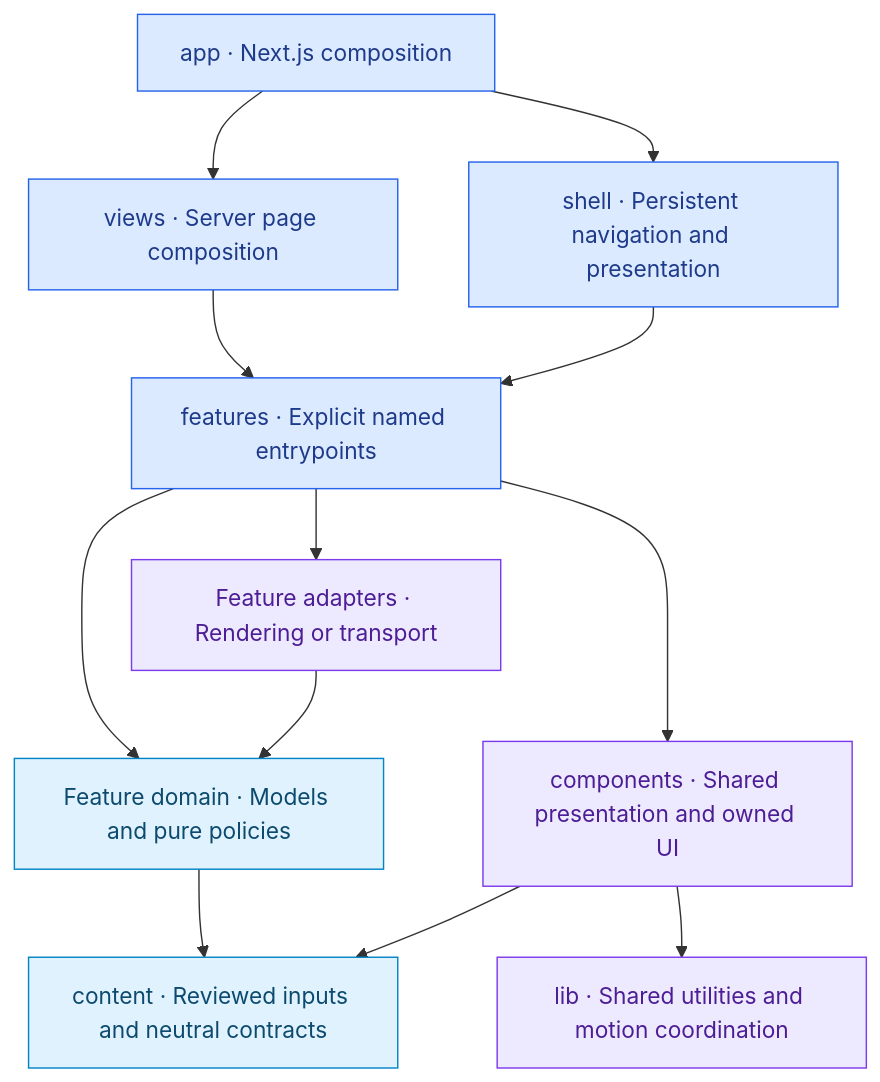
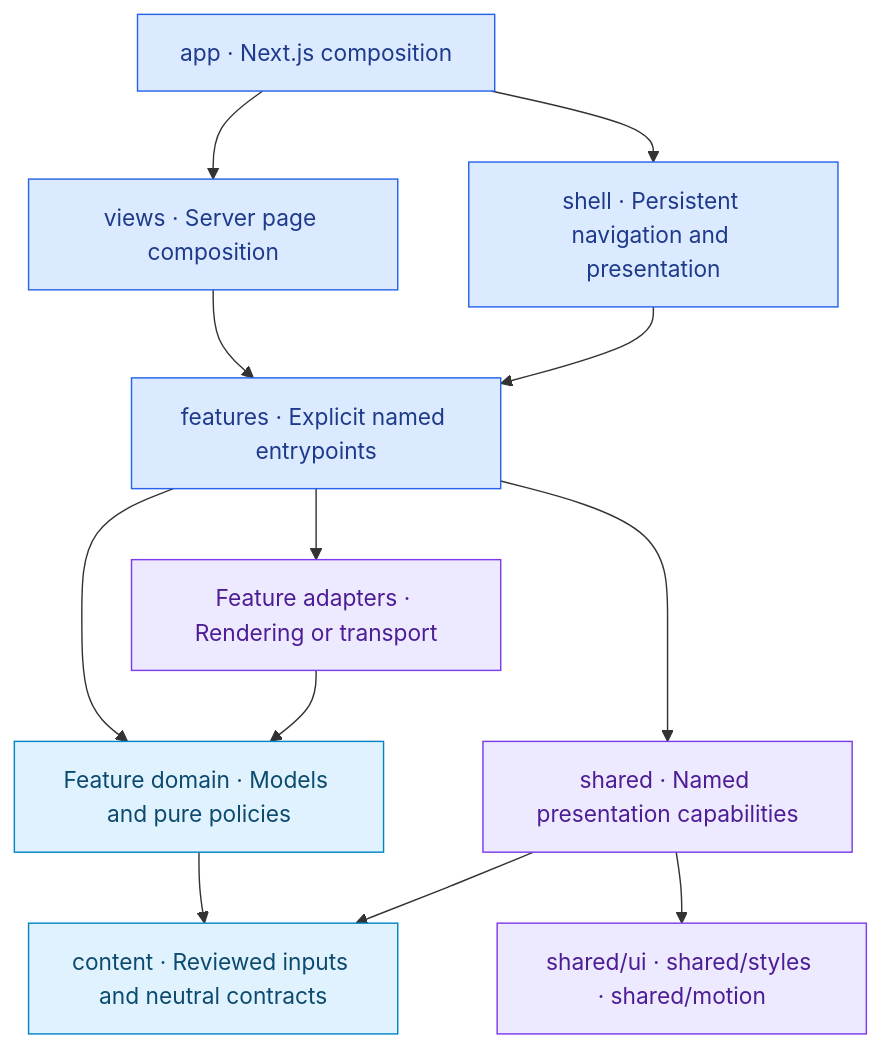
The second of 4 diagrams in docs/architecture.md (gonzalomartinperez/portfolio), drawn with Mermaid before and after one commit. The commit also changed other lines of this file and 76 other files, not shown here.

First line of the commit message:
refactor(architecture): enforce named shared capabilities and complete ownership

````diff
--- a/docs/architecture.md
+++ b/docs/architecture.md
@@ -46,20 +46,20 @@
 ```mermaid
 flowchart TB
     APP["app · Next.js composition"] --> VIEWS["views · Server page composition"]
     APP --> SHELL["shell · Persistent navigation and presentation"]
     VIEWS --> FEATURE["features · Explicit named entrypoints"]
     SHELL --> FEATURE
     FEATURE --> MODEL["Feature domain · Models and pure policies"]
     FEATURE --> ADAPTER["Feature adapters · Rendering or transport"]
     ADAPTER --> MODEL
     MODEL --> CONTENT["content · Reviewed inputs and neutral contracts"]
-    FEATURE --> SHARED["components · Shared presentation and owned UI"]
+    FEATURE --> SHARED["shared · Named presentation capabilities"]
     SHARED --> CONTENT
-    SHARED --> LIB["lib · Shared utilities and motion coordination"]
+    SHARED --> BASE["shared/ui · shared/styles · shared/motion"]
     classDef composition fill:#dbeafe,stroke:#2563eb,color:#1e3a8a;
     classDef domain fill:#e0f2fe,stroke:#0284c7,color:#0c4a6e;
     classDef shared fill:#ede9fe,stroke:#7c3aed,color:#4c1d95;
     class APP,VIEWS,SHELL,FEATURE composition;
     class MODEL,CONTENT domain;
-    class ADAPTER,SHARED,LIB shared;
+    class ADAPTER,SHARED,BASE shared;
 ```
````
